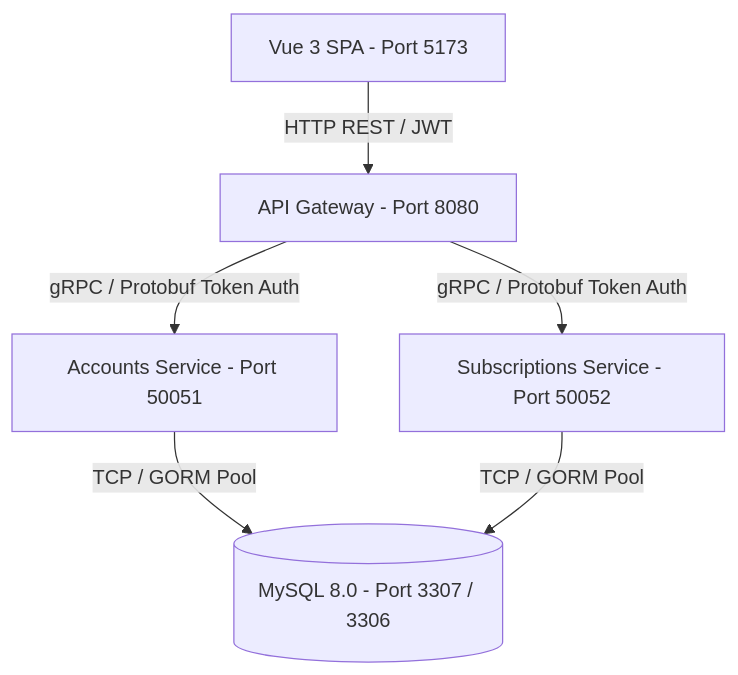
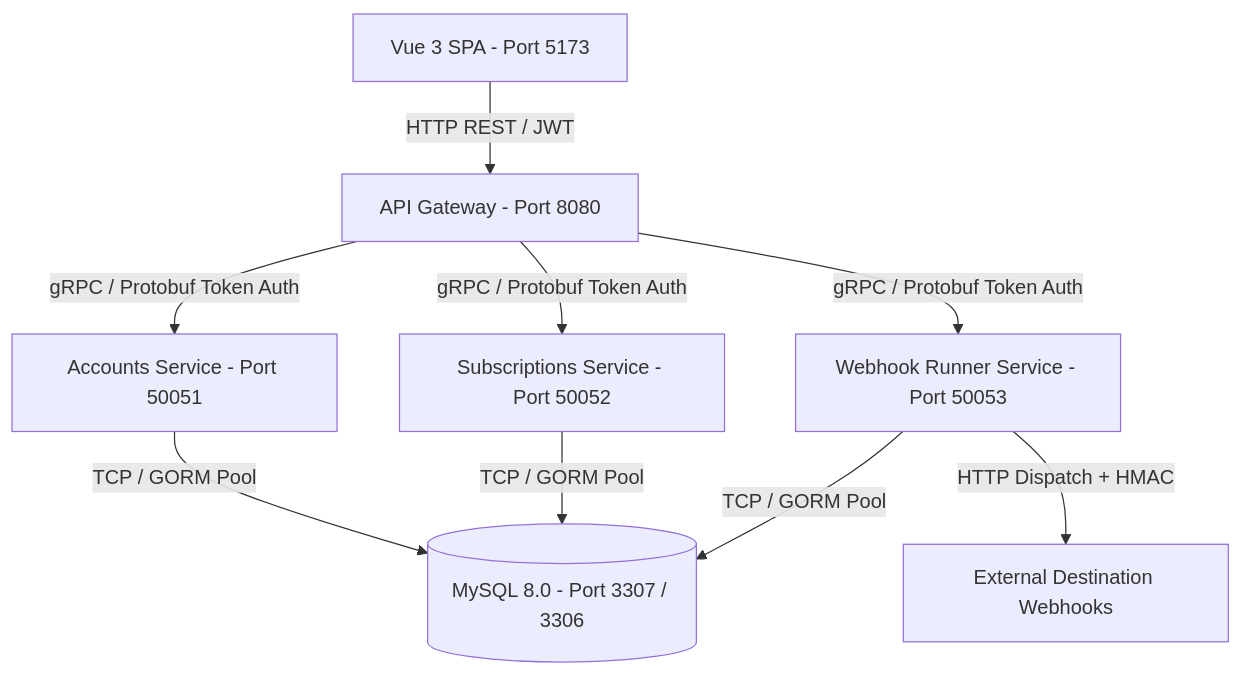
One commit to Ahmedfargh/webhook-runner changed the diagram in README.md. Above: the diagram before and after it, drawn with Mermaid. The commit also changed other lines of this file and 49 other files, not shown here.

Commit message:
feat(runner): implement webhook-runner microservice, crypto signatures, api-gateway integration, docker setup and vue3 apps views

````diff
--- a/README.md
+++ b/README.md
@@ -9,8 +9,11 @@
 ```mermaid
 graph TB
     Client[Vue 3 SPA - Port 5173] -->|HTTP REST / JWT| Gateway[API Gateway - Port 8080]
     Gateway -->|gRPC / Protobuf Token Auth| Accounts[Accounts Service - Port 50051]
     Gateway -->|gRPC / Protobuf Token Auth| Subscriptions[Subscriptions Service - Port 50052]
+    Gateway -->|gRPC / Protobuf Token Auth| Runner[Webhook Runner Service - Port 50053]
     Accounts -->|TCP / GORM Pool| MySQL[(MySQL 8.0 - Port 3307 / 3306)]
     Subscriptions -->|TCP / GORM Pool| MySQL
+    Runner -->|TCP / GORM Pool| MySQL
+    Runner -->|HTTP Dispatch + HMAC| Consumers[External Destination Webhooks]
 ```
````
